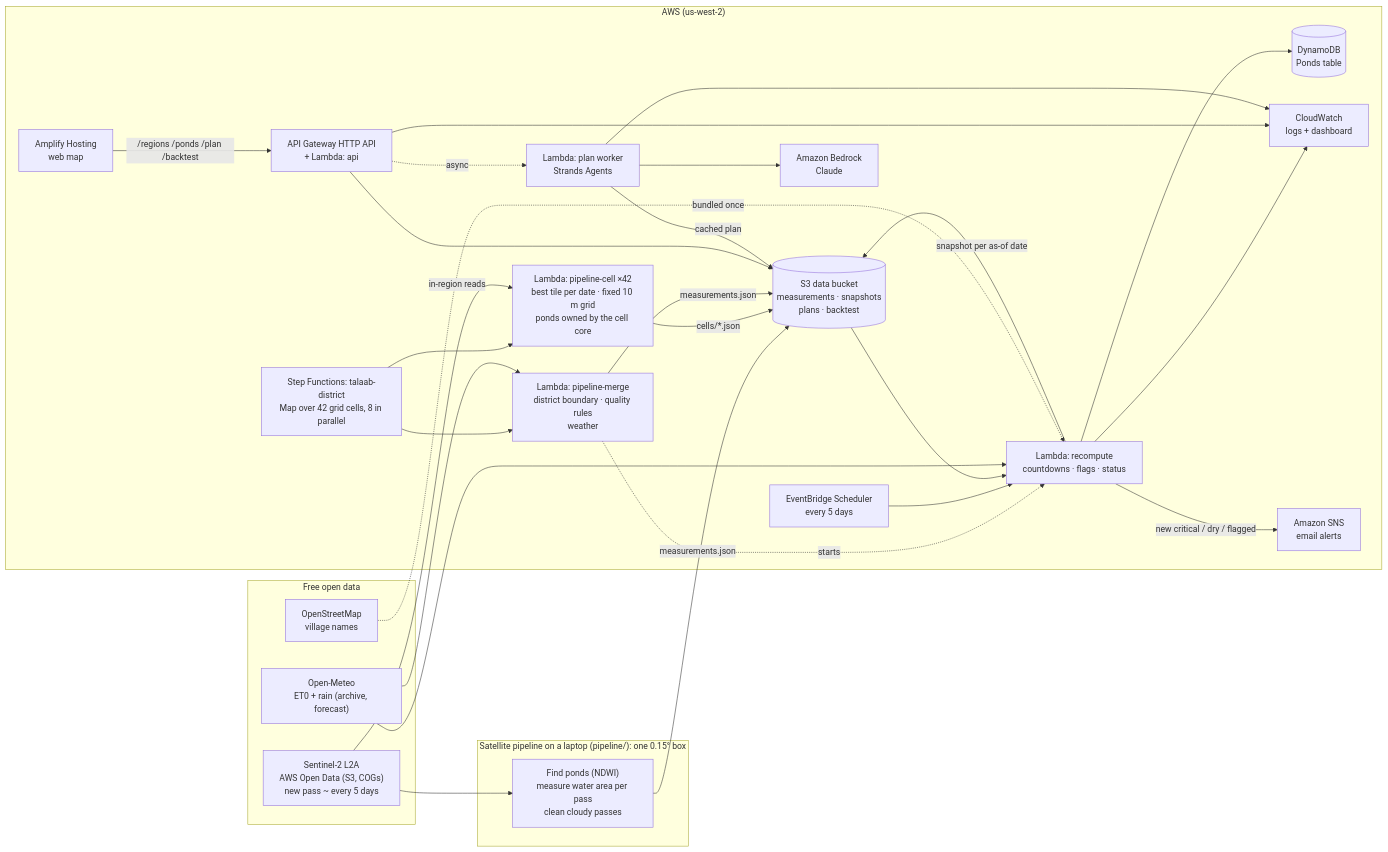
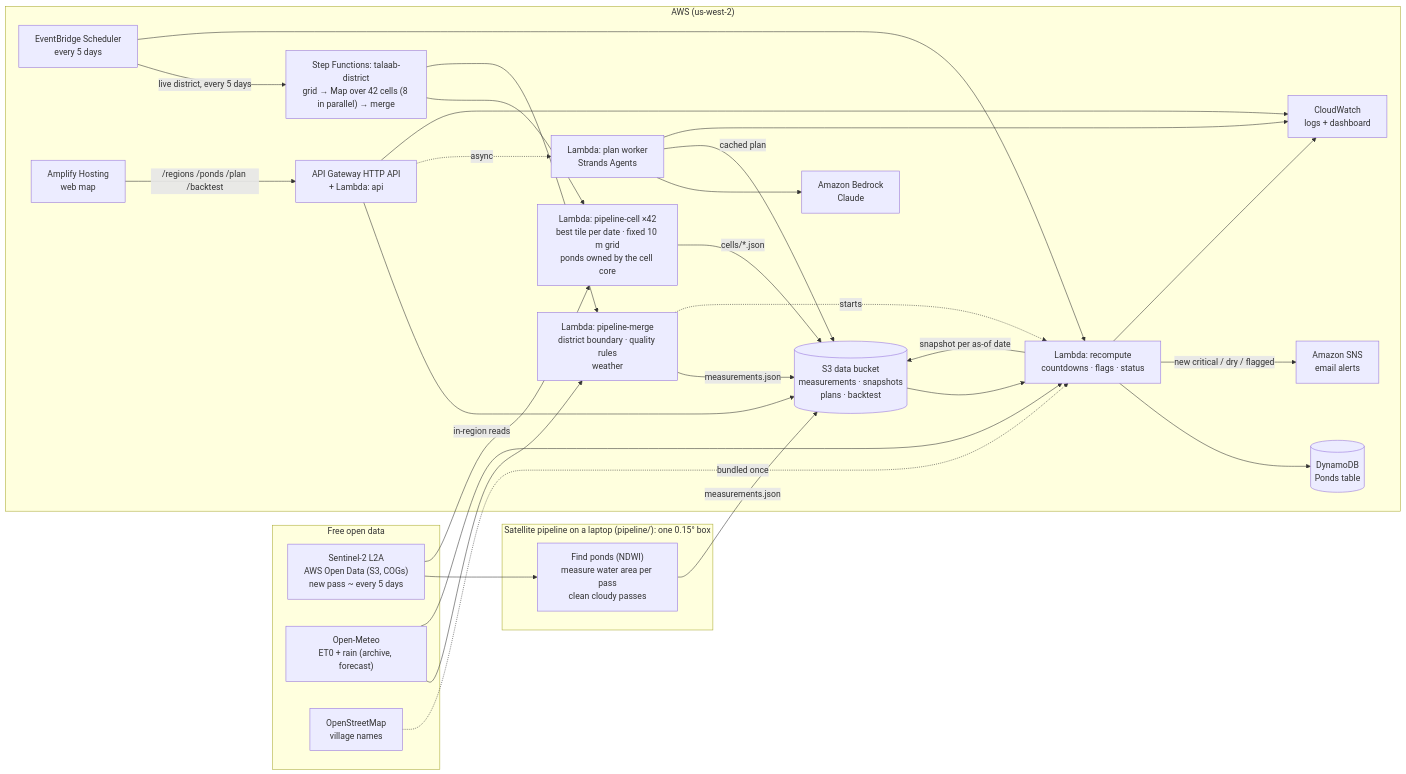
The diagram in docs/architecture.md (shloknarvekar/talaab), drawn with Mermaid before and after one commit. The commit also changed 6 other files, not shown here.

Commit message:
docs+data: live district run (measured) in README, writeup, architecture, projection; first live measurements

````diff
--- a/docs/architecture.md
+++ b/docs/architecture.md
@@ -7,50 +7,51 @@
 ```mermaid
 flowchart LR
   subgraph Sources["Free open data"]
     S2["Sentinel-2 L2A<br/>AWS Open Data (S3, COGs)<br/>new pass ~ every 5 days"]
     OM["Open-Meteo<br/>ET0 + rain (archive, forecast)"]
     OSM["OpenStreetMap<br/>village names"]
   end
 
   subgraph Laptop["Satellite pipeline on a laptop (pipeline/): one 0.15° box"]
     P["Find ponds (NDWI)<br/>measure water area per pass<br/>clean cloudy passes"]
   end
 
   subgraph AWS["AWS (us-west-2)"]
-    SFN["Step Functions: talaab-district<br/>Map over 42 grid cells, 8 in parallel"]
+    SFN["Step Functions: talaab-district<br/>grid → Map over 42 cells (8 in parallel) → merge"]
     CELL["Lambda: pipeline-cell ×42<br/>best tile per date · fixed 10 m grid<br/>ponds owned by the cell core"]
     MRG["Lambda: pipeline-merge<br/>district boundary · quality rules<br/>weather"]
     S3[("S3 data bucket<br/>measurements · snapshots<br/>plans · backtest")]
     SCH["EventBridge Scheduler<br/>every 5 days"]
     RC["Lambda: recompute<br/>countdowns · flags · status"]
     DDB[("DynamoDB<br/>Ponds table")]
     API["API Gateway HTTP API<br/>+ Lambda: api"]
     PW["Lambda: plan worker<br/>Strands Agents"]
     BR["Amazon Bedrock<br/>Claude"]
     CW["CloudWatch<br/>logs + dashboard"]
     SNS["Amazon SNS<br/>email alerts"]
     AMP["Amplify Hosting<br/>web map"]
   end
 
   S2 --> P --> |measurements.json| S3
+  SCH --> |live district, every 5 days| SFN
   SFN --> CELL
   S2 --> |in-region reads| CELL
   CELL --> |cells/*.json| S3
   SFN --> MRG
   OM --> MRG
   MRG --> |measurements.json| S3
   MRG -. starts .-> RC
   SCH --> RC
   S3 --> RC
   OM --> RC
   OSM -.bundled once.-> RC
   RC --> |snapshot per as-of date| S3
   RC --> DDB
   RC --> |new critical / dry / flagged| SNS
   AMP --> |"/regions /ponds /plan /backtest"| API
   API --> S3
   API -. async .-> PW
   PW --> BR
   PW --> |cached plan| S3
   RC & API & PW --> CW
 ```
````
